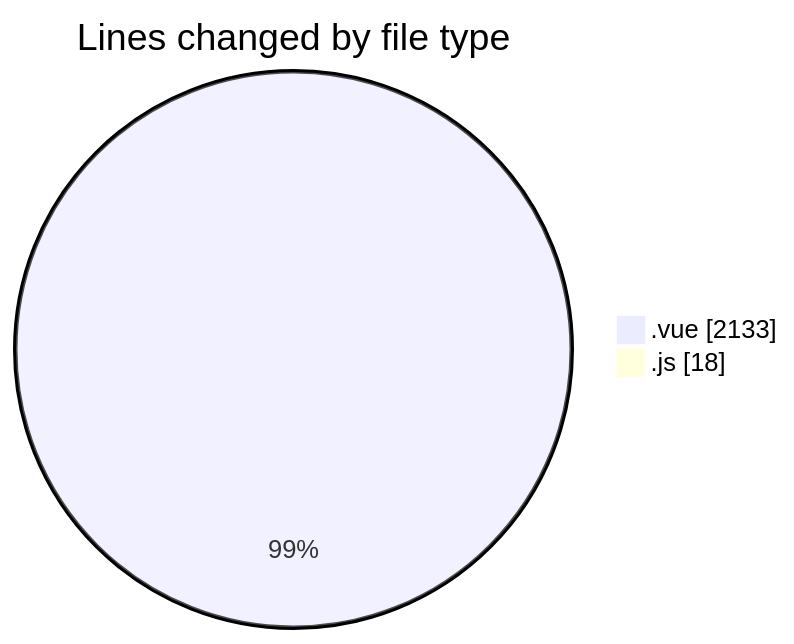
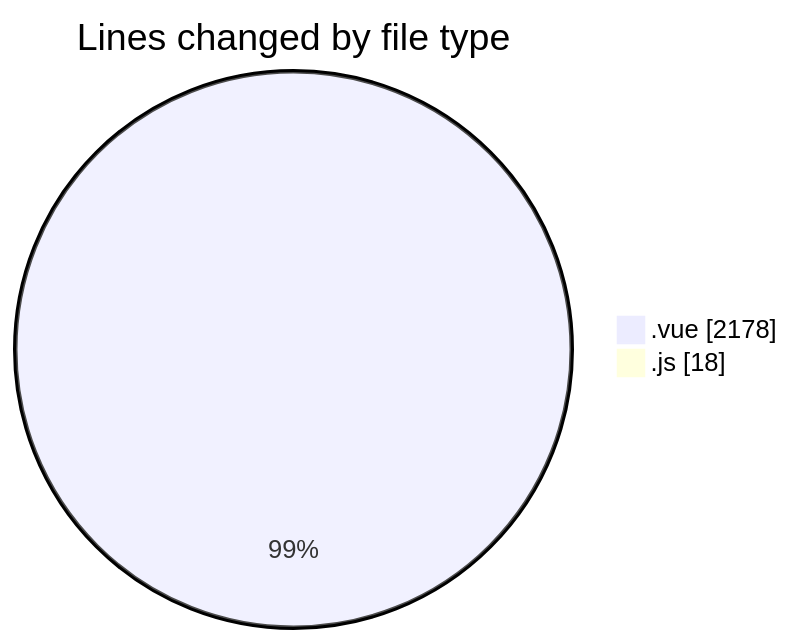
One commit to lephambinh05/code-tracking changed the first of 2 diagrams in 2025-08-13/rentotp/README.md. Above: the diagram before and after it, drawn with Mermaid. The commit also changed other lines of this file and 1 other file, not shown here.

````diff
--- a/2025-08-13/rentotp/README.md
+++ b/2025-08-13/rentotp/README.md
@@ -28,6 +28,6 @@
 ```mermaid
 pie showData
 title Lines changed by file type
-".vue" : 2133
+".vue" : 2178
 ".js" : 18
 ```
````
